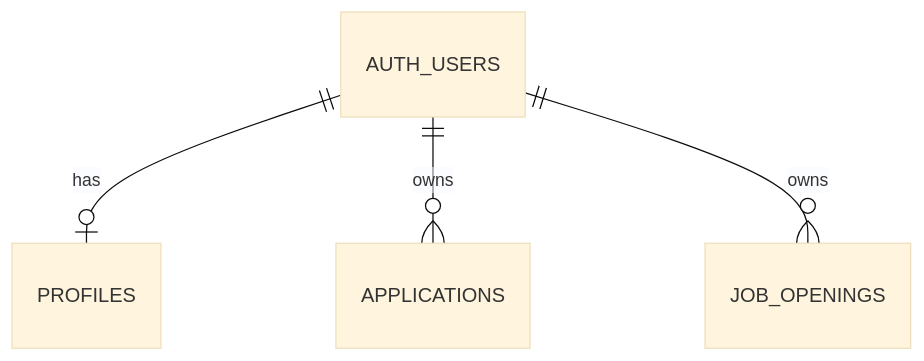
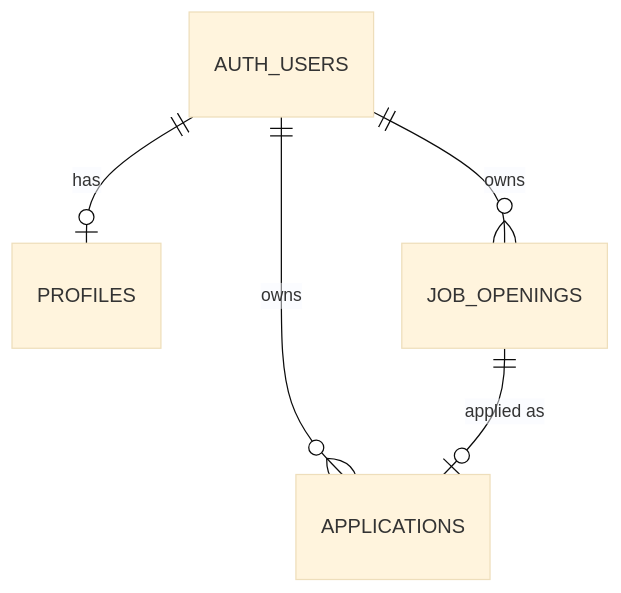
The diagram in docs/data-model.md (jmdmacapagal/job-finder), drawn with Mermaid (base theme) before and after one commit. The commit also changed other lines of this file and 28 other files, not shown here.

````diff
--- a/docs/data-model.md
+++ b/docs/data-model.md
@@ -5,6 +5,7 @@
 ```mermaid
 erDiagram
   AUTH_USERS ||--o| PROFILES : has
   AUTH_USERS ||--o{ APPLICATIONS : owns
   AUTH_USERS ||--o{ JOB_OPENINGS : owns
+  JOB_OPENINGS ||--o| APPLICATIONS : "applied as"
 ```
````
